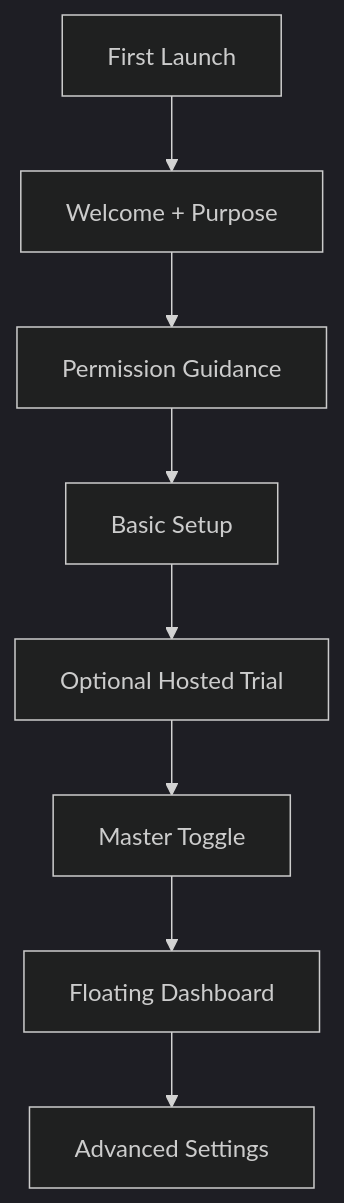
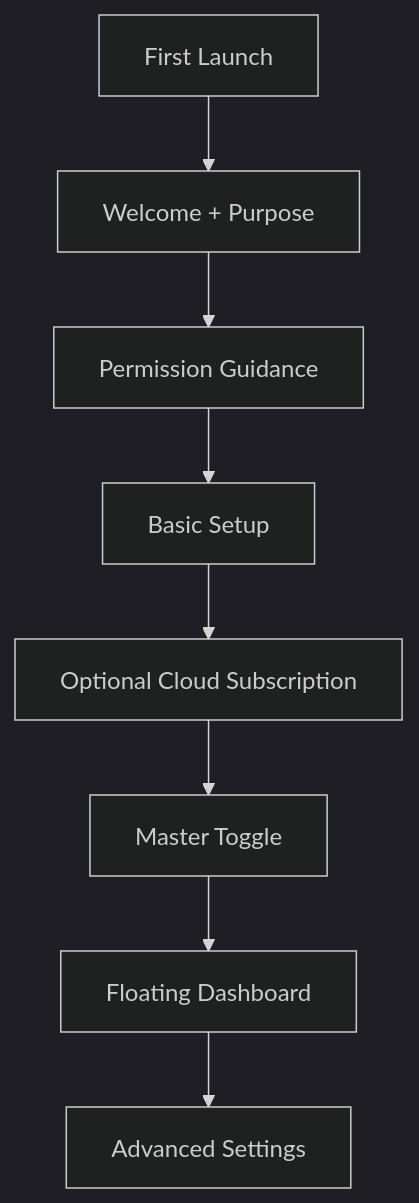
One commit to DeloYong/jev-chat-jarvis changed the eighth of 10 diagrams in .qoder/repowiki/en/content/User Interface Components/Main Application Interface.md. Above: the diagram before and after it, drawn with Mermaid (dark theme). The commit also changed other lines of this file and 66 other files, not shown here.

````diff
--- a/.qoder/repowiki/en/content/User Interface Components/Main Application Interface.md
+++ b/.qoder/repowiki/en/content/User Interface Components/Main Application Interface.md
@@ -352,10 +401,10 @@
 ```mermaid
 flowchart TD
 FirstLaunch["First Launch"] --> Welcome["Welcome + Purpose"]
 Welcome --> Permissions["Permission Guidance"]
 Permissions --> BasicSetup["Basic Setup"]
-BasicSetup --> OptionalCloud["Optional Hosted Trial"]
+BasicSetup --> OptionalCloud["Optional Cloud Subscription"]
 OptionalCloud --> MasterToggle["Master Toggle"]
 MasterToggle --> Runtime["Floating Dashboard"]
 Runtime --> Advanced["Advanced Settings"]
 ```
````
